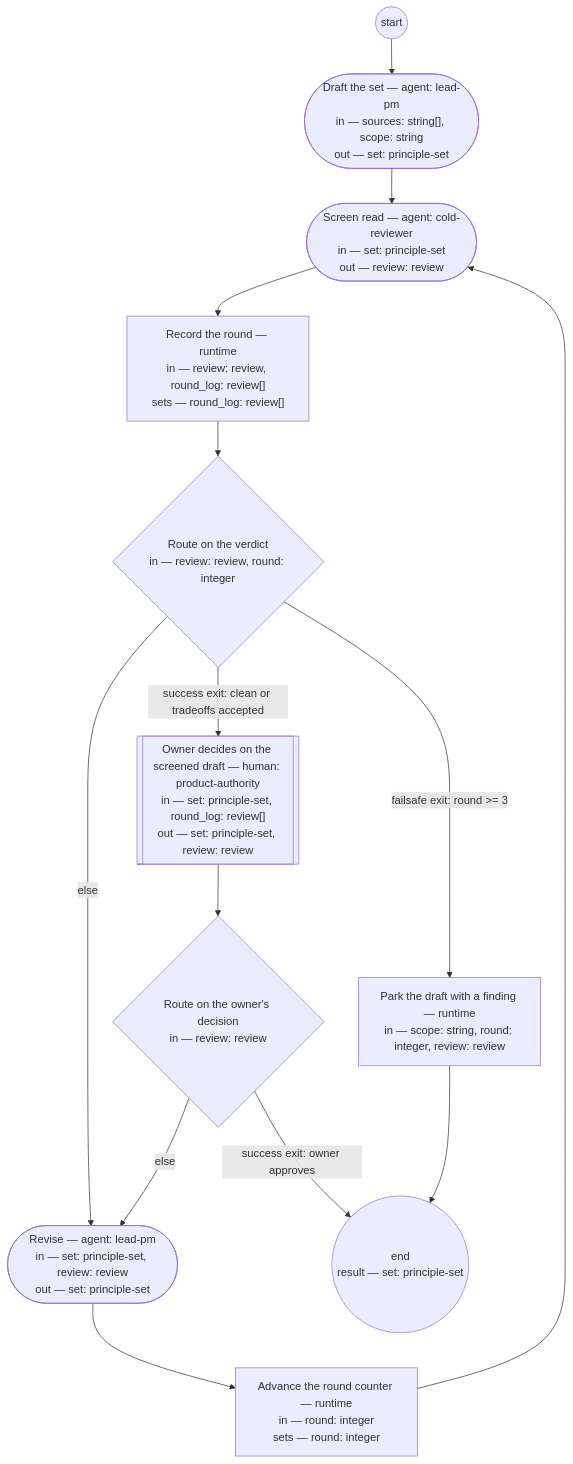
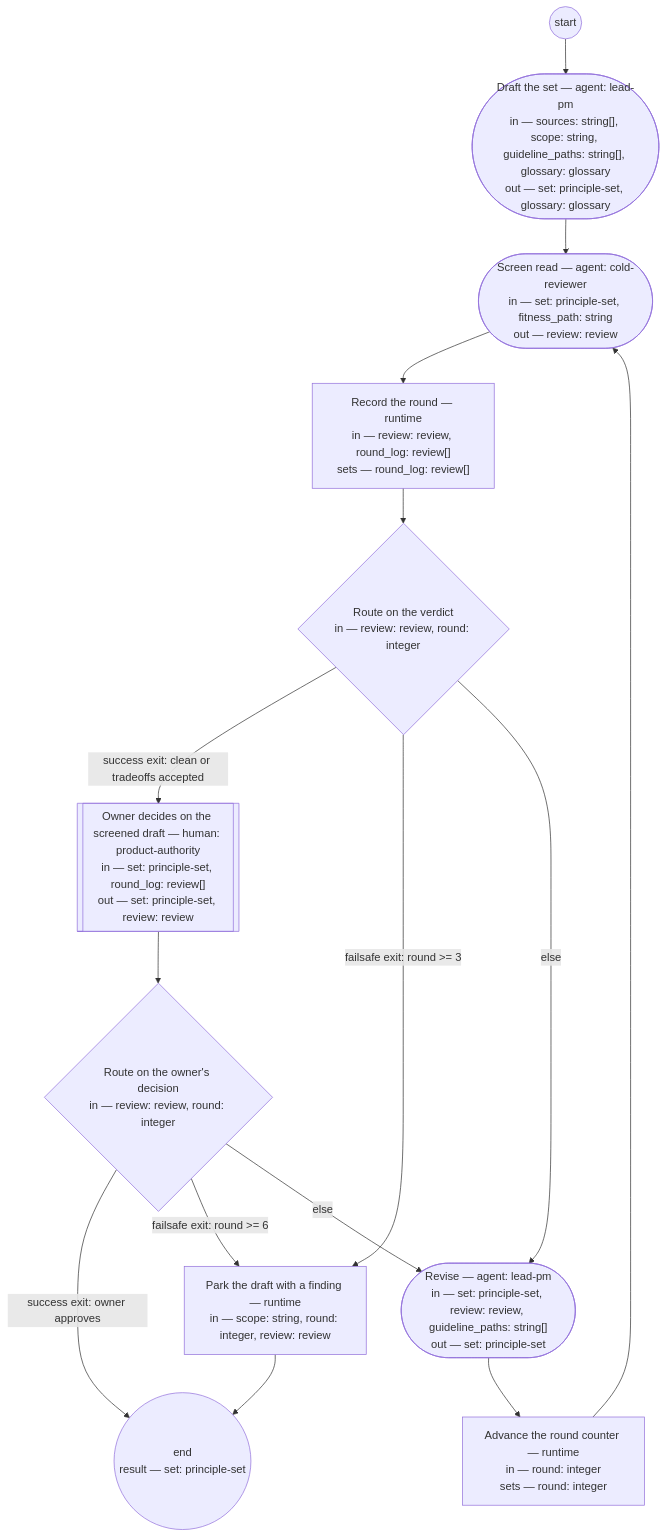
One commit to dstengle/shopsystem-product changed the diagram in basis/processes/principle-set-authoring.md. Above: the diagram before and after it, drawn with Mermaid. The commit also changed other lines of this file and 12 other files, not shown here.

````diff
--- a/basis/processes/principle-set-authoring.md
+++ b/basis/processes/principle-set-authoring.md
@@ -66,26 +67,27 @@
 ```mermaid
 flowchart TD
-  draft(["Draft the set — agent: lead-pm<br/>in — sources: string[], scope: string<br/>out — set: principle-set"])
-  screen_read(["Screen read — agent: cold-reviewer<br/>in — set: principle-set<br/>out — review: review"])
+  draft(["Draft the set — agent: lead-pm<br/>in — sources: string[], scope: string, guideline_paths: string[], glossary: glossary<br/>out — set: principle-set, glossary: glossary"])
+  screen_read(["Screen read — agent: cold-reviewer<br/>in — set: principle-set, fitness_path: string<br/>out — review: review"])
   log_round["Record the round — runtime<br/>in — review: review, round_log: review[]<br/>sets — round_log: review[]"]
   route_verdict{"Route on the verdict<br/>in — review: review, round: integer"}
-  revise(["Revise — agent: lead-pm<br/>in — set: principle-set, review: review<br/>out — set: principle-set"])
+  revise(["Revise — agent: lead-pm<br/>in — set: principle-set, review: review, guideline_paths: string[]<br/>out — set: principle-set"])
   advance_round["Advance the round counter — runtime<br/>in — round: integer<br/>sets — round: integer"]
   authority_approve[["Owner decides on the screened draft — human: product-authority<br/>in — set: principle-set, round_log: review[]<br/>out — set: principle-set, review: review"]]
-  route_approval{"Route on the owner's decision<br/>in — review: review"}
+  route_approval{"Route on the owner's decision<br/>in — review: review, round: integer"}
   park["Park the draft with a finding — runtime<br/>in — scope: string, round: integer, review: review"]
   __end(("end<br/>result — set: principle-set"))
   __start(("start")) --> draft
   draft --> screen_read
   screen_read --> log_round
   log_round --> route_verdict
   route_verdict -->|success exit: clean or tradeoffs accepted| authority_approve
   route_verdict -->|failsafe exit: round >= 3| park
   route_verdict -->|else| revise
   revise --> advance_round
   advance_round --> screen_read
   authority_approve --> route_approval
   route_approval -->|success exit: owner approves| __end
+  route_approval -->|failsafe exit: round >= 6| park
   route_approval -->|else| revise
   park --> __end
 ```
````
